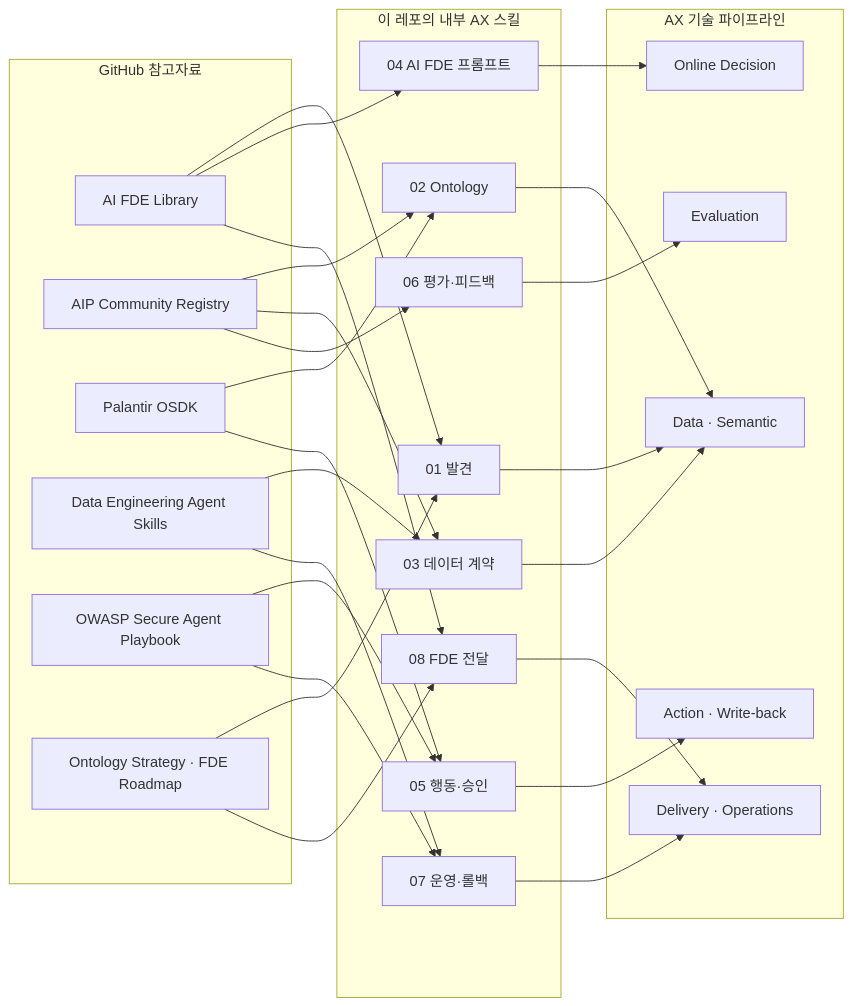
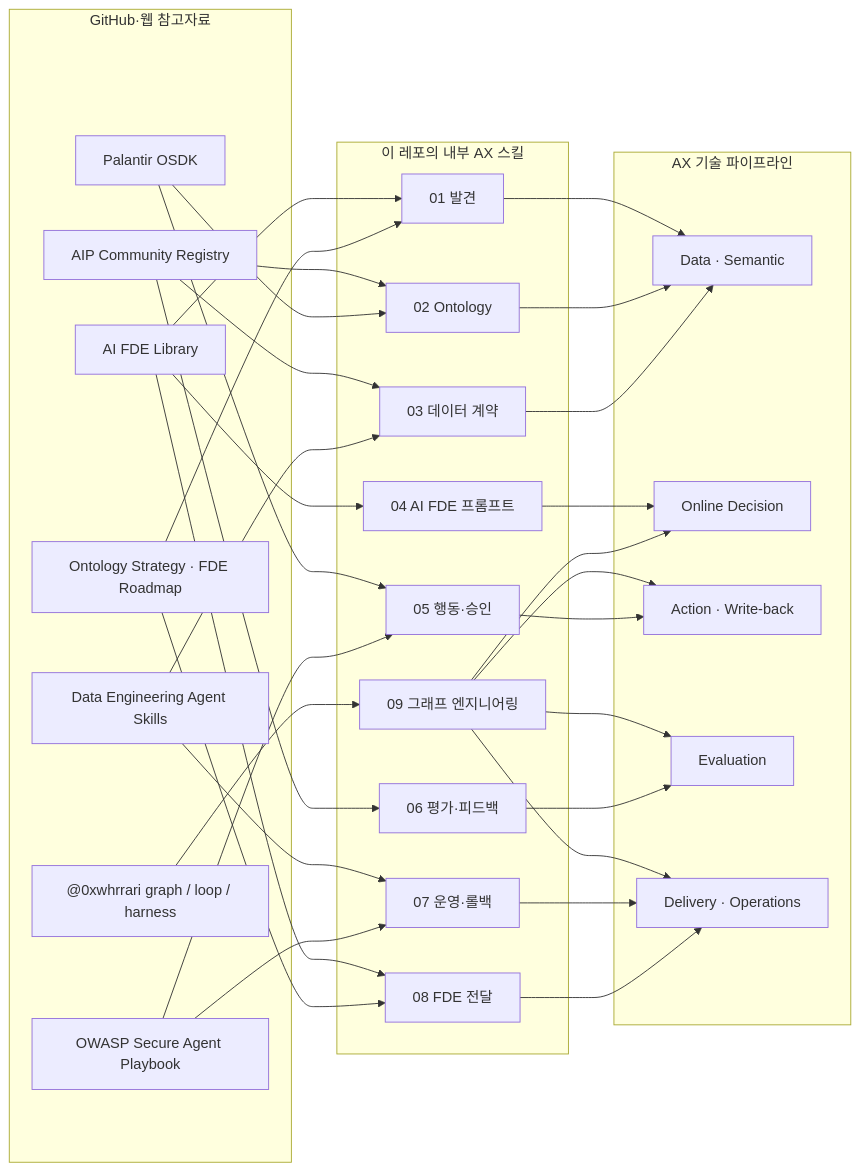
One commit to tttksj404/palantir-ax-playbook changed the second of 2 diagrams in README.md. Above: the diagram before and after it, drawn with Mermaid. The commit also changed other lines of this file and 7 other files, not shown here.

Commit message:
docs: add graph engineering playbook and skill

````diff
--- a/README.md
+++ b/README.md
@@ -53,54 +55,61 @@
 ```mermaid
 flowchart LR
-    subgraph Sources["GitHub 참고자료"]
+    subgraph Sources["GitHub·웹 참고자료"]
         FDE["AI FDE Library"]
         REG["AIP Community Registry"]
         OSDK["Palantir OSDK"]
         DATA["Data Engineering Agent Skills"]
         SEC["OWASP Secure Agent Playbook"]
         ROAD["Ontology Strategy · FDE Roadmap"]
+        GRAPH["@0xwhrrari graph / loop / harness"]
     end
 
     subgraph Skills["이 레포의 내부 AX 스킬"]
         S1["01 발견"]
         S2["02 Ontology"]
         S3["03 데이터 계약"]
         S4["04 AI FDE 프롬프트"]
         S5["05 행동·승인"]
         S6["06 평가·피드백"]
         S7["07 운영·롤백"]
         S8["08 FDE 전달"]
+        S9["09 그래프 엔지니어링"]
     end
 
     subgraph Pipeline["AX 기술 파이프라인"]
         P1["Data · Semantic"]
         P2["Online Decision"]
         P3["Action · Write-back"]
         P4["Evaluation"]
         P5["Delivery · Operations"]
     end
 
     FDE --> S1
     FDE --> S4
     FDE --> S8
     REG --> S2
     REG --> S3
     REG --> S6
     OSDK --> S2
     OSDK --> S5
     DATA --> S3
     DATA --> S7
     SEC --> S5
     SEC --> S7
     ROAD --> S1
     ROAD --> S8
+    GRAPH --> S9
 
     S1 --> P1
     S2 --> P1
     S3 --> P1
     S4 --> P2
+    S9 --> P2
+    S9 --> P3
+    S9 --> P4
+    S9 --> P5
     S5 --> P3
     S6 --> P4
     S7 --> P5
     S8 --> P5
 ```
````
